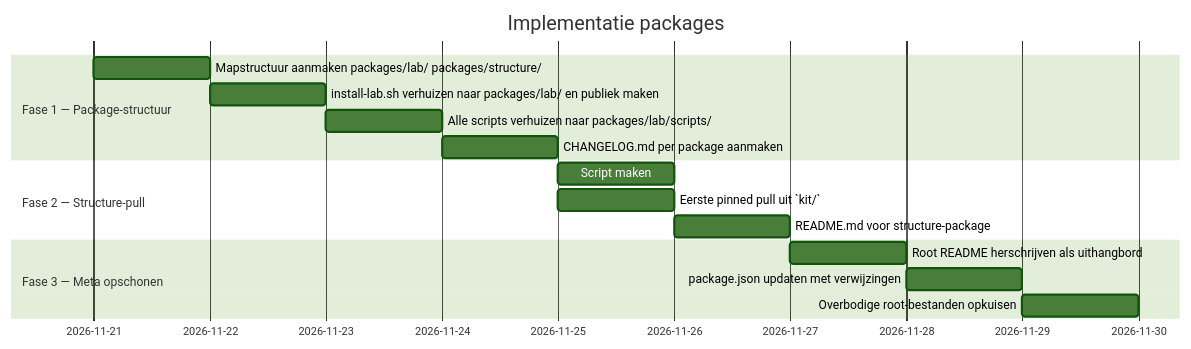
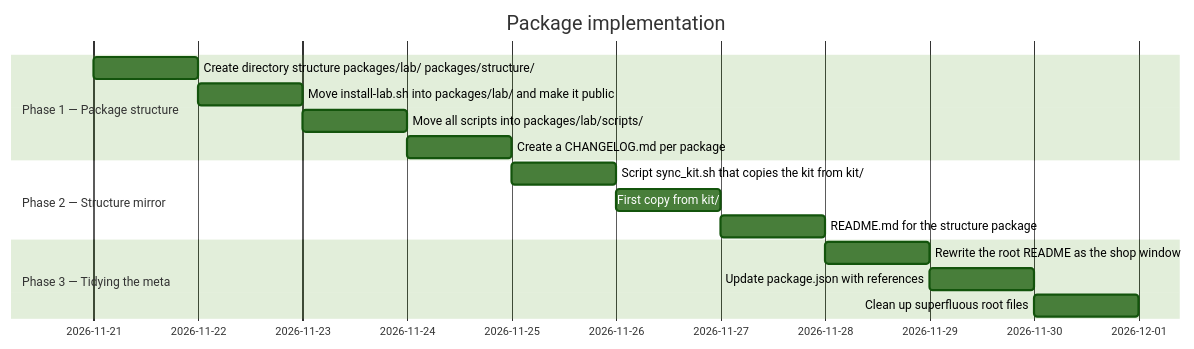
One commit to Lennaertds/cardine changed the diagram in docs/packages/IMPLEMENTATION.md. Above: the diagram before and after it, drawn with Mermaid (forest theme). The commit also changed other lines of this file and 644 other files, not shown here.

````diff
--- a/docs/packages/IMPLEMENTATION.md
+++ b/docs/packages/IMPLEMENTATION.md
@@ -33,21 +33,21 @@
 ```mermaid
 gantt
-    title Implementatie packages
+    title Package implementation
     dateFormat  YYYY-MM-DD
-    
-    section Fase 1 — Package-structuur
-    Mapstructuur aanmaken packages/lab/ packages/structure/                         :p1a, 2026-11-21, 1d
-    install-lab.sh verhuizen naar packages/lab/ en publiek maken                    :p1b, after p1a, 1d
-    Alle scripts verhuizen naar packages/lab/scripts/                               :p1c, after p1b, 1d
-    CHANGELOG.md per package aanmaken                                               :p1d, after p1c, 1d
-    
-    section Fase 2 — Structure-pull
-    Script maken: pull_kit.sh dat kit uit `kit/` kopieert                 :p2a, after p1d, 1d
-    Eerste pinned pull uit `kit/`                                        :p2b, after p2a, 1d
-    README.md voor structure-package                                                :p2c, after p2b, 1d
-    
-    section Fase 3 — Meta opschonen
-    Root README herschrijven als uithangbord                                         :p3a, after p2c, 1d
-    package.json updaten met verwijzingen                                           :p3b, after p3a, 1d
-    Overbodige root-bestanden opkuisen                                              :p3c, after p3b, 1d
+
+    section Phase 1 — Package structure
+    Create directory structure packages/lab/ packages/structure/      :p1a, 2026-11-21, 1d
+    Move install-lab.sh into packages/lab/ and make it public         :p1b, after p1a, 1d
+    Move all scripts into packages/lab/scripts/                       :p1c, after p1b, 1d
+    Create a CHANGELOG.md per package                                 :p1d, after p1c, 1d
+
+    section Phase 2 — Structure mirror
+    Script sync_kit.sh that copies the kit from kit/                  :p2a, after p1d, 1d
+    First copy from kit/                                              :p2b, after p2a, 1d
+    README.md for the structure package                               :p2c, after p2b, 1d
+
+    section Phase 3 — Tidying the meta
+    Rewrite the root README as the shop window                        :p3a, after p2c, 1d
+    Update package.json with references                               :p3b, after p3a, 1d
+    Clean up superfluous root files                                   :p3c, after p3b, 1d
 ```
````
